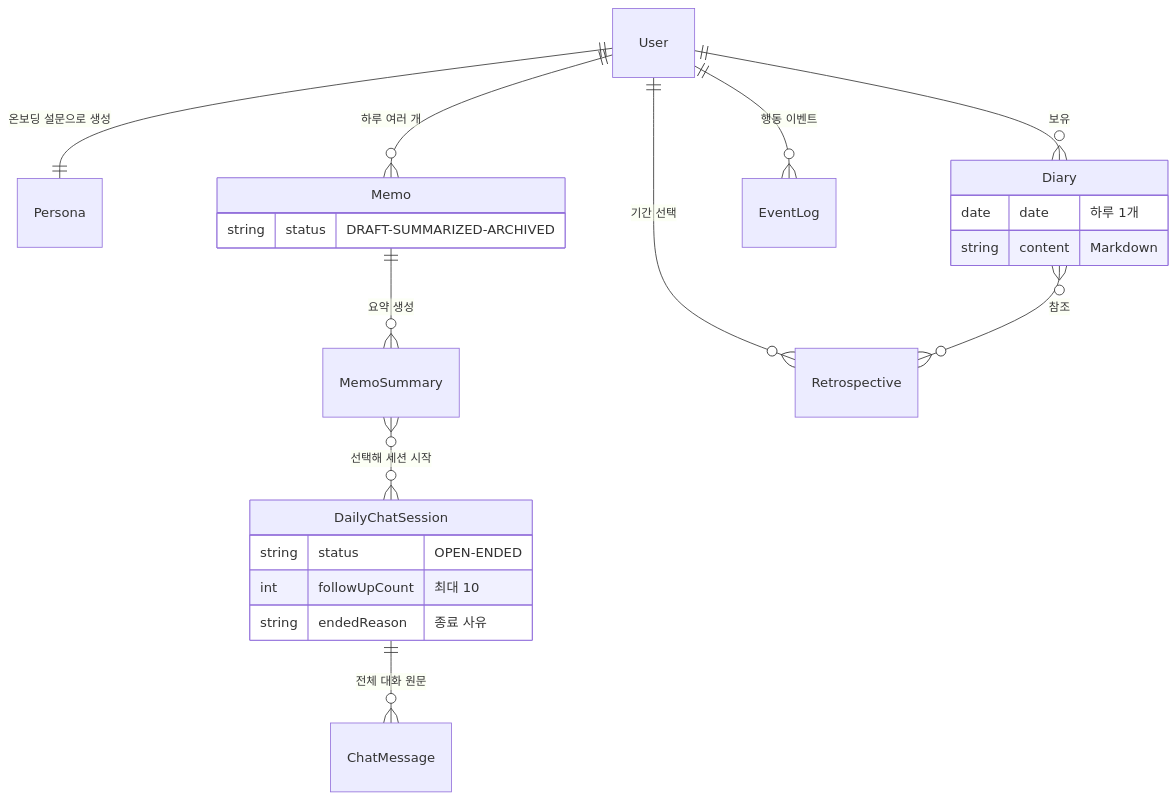
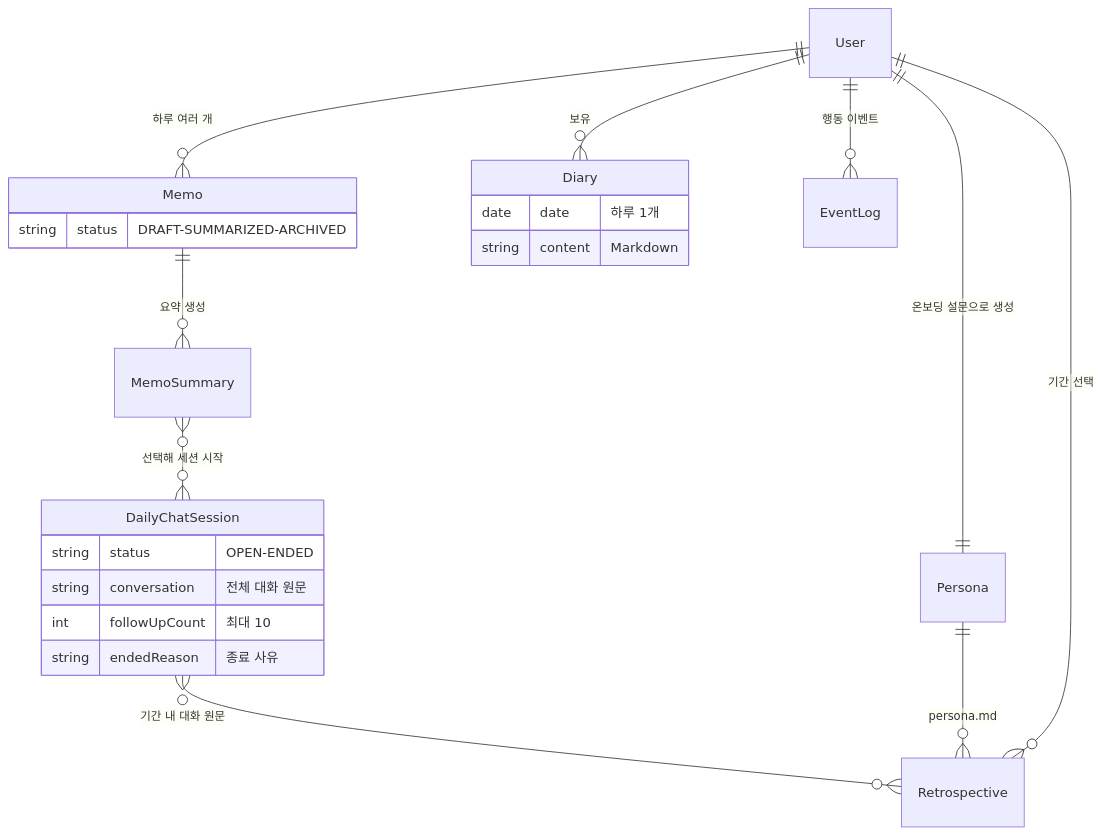
One commit to my-girin-log/girin-log-harness changed the fifth of 7 diagrams in README.md. Above: the diagram before and after it, drawn with Mermaid. The commit also changed other lines of this file and 12 other files, not shown here.

````diff
--- a/README.md
+++ b/README.md
@@ -165,24 +165,25 @@
 ```mermaid
 erDiagram
     User ||--|| Persona : "온보딩 설문으로 생성"
     User ||--o{ Memo : "하루 여러 개"
     Memo ||--o{ MemoSummary : "요약 생성"
     MemoSummary }o--o{ DailyChatSession : "선택해 세션 시작"
-    DailyChatSession ||--o{ ChatMessage : "전체 대화 원문"
+    DailyChatSession }o--o{ Retrospective : "기간 내 대화 원문"
+    Persona ||--o{ Retrospective : "persona.md"
     User ||--o{ Diary : "보유"
     User ||--o{ Retrospective : "기간 선택"
     User ||--o{ EventLog : "행동 이벤트"
-    Diary }o--o{ Retrospective : "참조"
     Memo {
         string status "DRAFT-SUMMARIZED-ARCHIVED"
     }
     DailyChatSession {
         string status "OPEN-ENDED"
+        string conversation "전체 대화 원문"
         int followUpCount "최대 10"
         string endedReason "종료 사유"
     }
     Diary {
         date date "하루 1개"
         string content "Markdown"
     }
 ```
````
